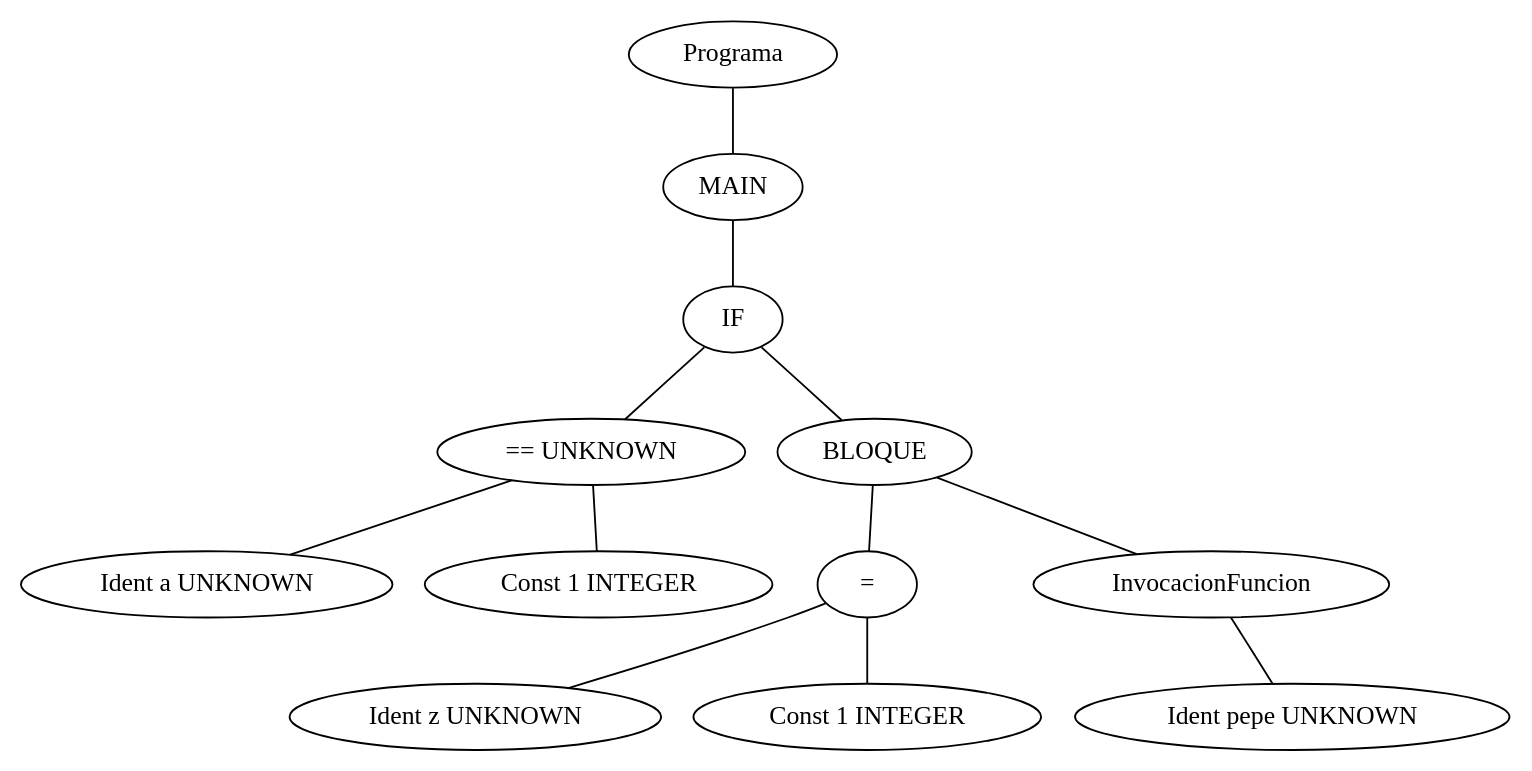
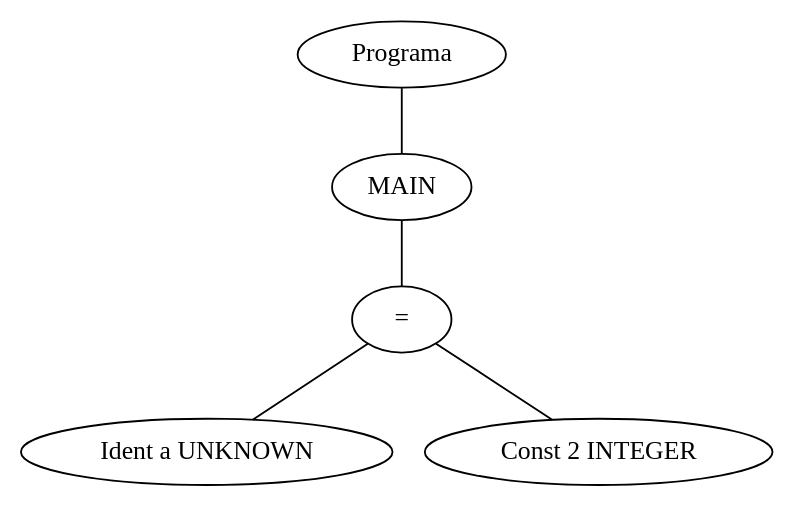
Before and after one commit to Mdimase/compilador: the diagram in arbol.dot, drawn with Graphviz. The commit also changed 14 other files, not shown here.

```diff
--- a/arbol.dot
+++ b/arbol.dot
@@ -1,24 +1,10 @@
 graph G {1 [label="Programa"]
 2 [label="MAIN"]
 1 -- 2
-3 [label="IF"]
+3 [label="="]
 2 -- 3
-4 [label="== UNKNOWN"]
+4 [label="Ident a UNKNOWN"]
 3 -- 4
-5 [label="Ident a UNKNOWN"]
-4 -- 5
-6 [label="Const 1 INTEGER"]
-4 -- 6
-7 [label="BLOQUE"]
-3 -- 7
-8 [label="="]
-7 -- 8
-9 [label="Ident z UNKNOWN"]
-8 -- 9
-10 [label="Const 1 INTEGER"]
-8 -- 10
-11 [label="InvocacionFuncion"]
-7 -- 11
-12 [label="Ident pepe UNKNOWN"]
-11 -- 12
+5 [label="Const 2 INTEGER"]
+3 -- 5
 }
```
